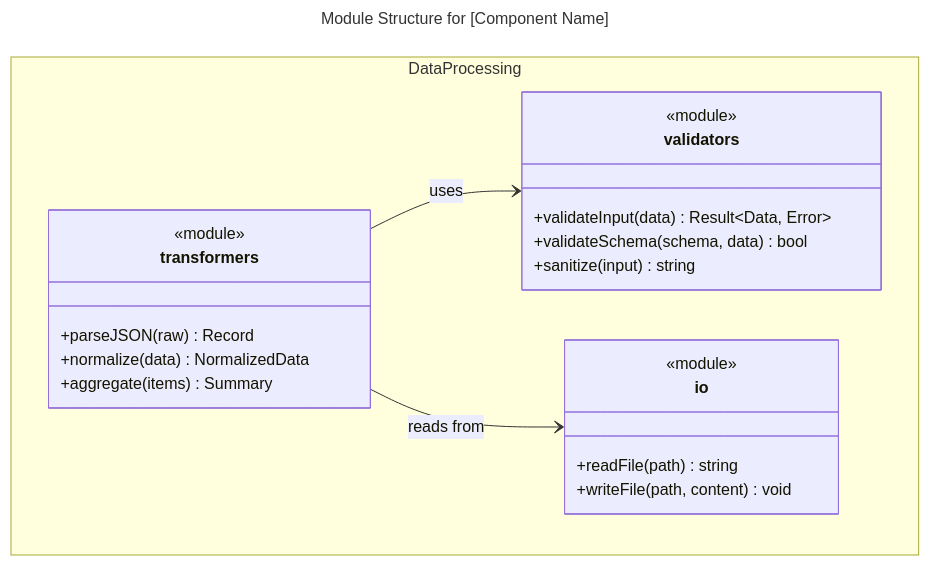
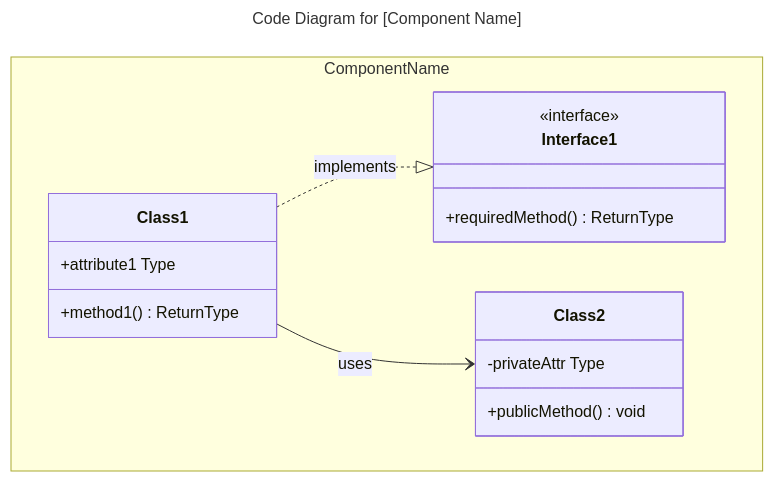
The diagram in skills/c4-code/SKILL.md (0xzahed/antigravity-skills), drawn with Mermaid before and after one commit. The commit also changed other lines of this file and 414 other files, not shown here.

````diff
--- a/skills/c4-code/SKILL.md
+++ b/skills/c4-code/SKILL.md
@@ -181,28 +74,23 @@
 ```mermaid
 ---
-title: Module Structure for [Component Name]
+title: Code Diagram for [Component Name]
 ---
 classDiagram
-    namespace DataProcessing {
-        class validators {
-            <<module>>
-            +validateInput(data) Result~Data, Error~
-            +validateSchema(schema, data) bool
-            +sanitize(input) string
+    namespace ComponentName {
+        class Class1 {
+            +attribute1 Type
+            +method1() ReturnType
         }
-        class transformers {
-            <<module>>
-            +parseJSON(raw) Record
-            +normalize(data) NormalizedData
-            +aggregate(items) Summary
+        class Class2 {
+            -privateAttr Type
+            +publicMethod() void
         }
-        class io {
-            <<module>>
-            +readFile(path) string
-            +writeFile(path, content) void
+        class Interface1 {
+            <<interface>>
+            +requiredMethod() ReturnType
         }
     }
 
-    transformers --> validators : uses
-    transformers --> io : reads from
+    Class1 ..|> Interface1 : implements
+    Class1 --> Class2 : uses
 ```
````
